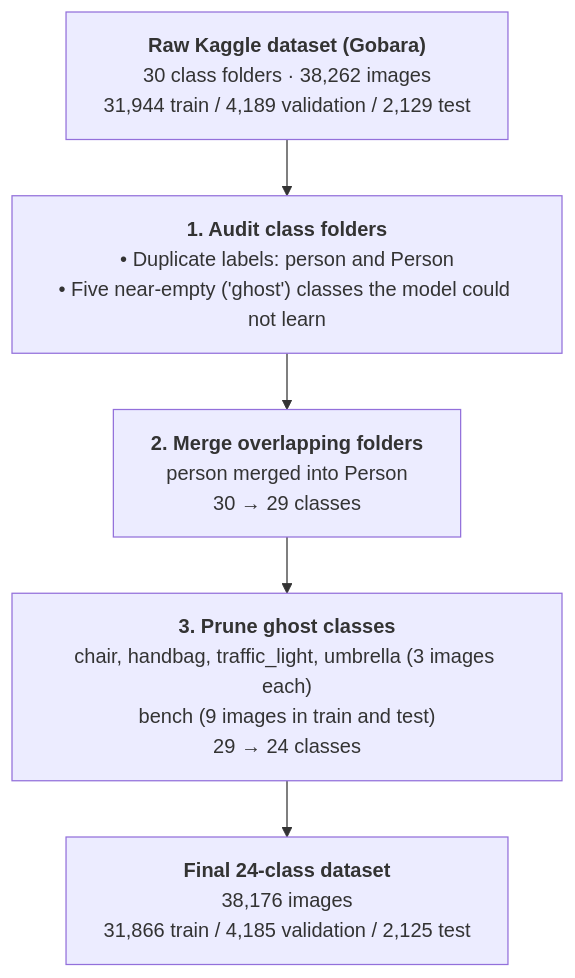
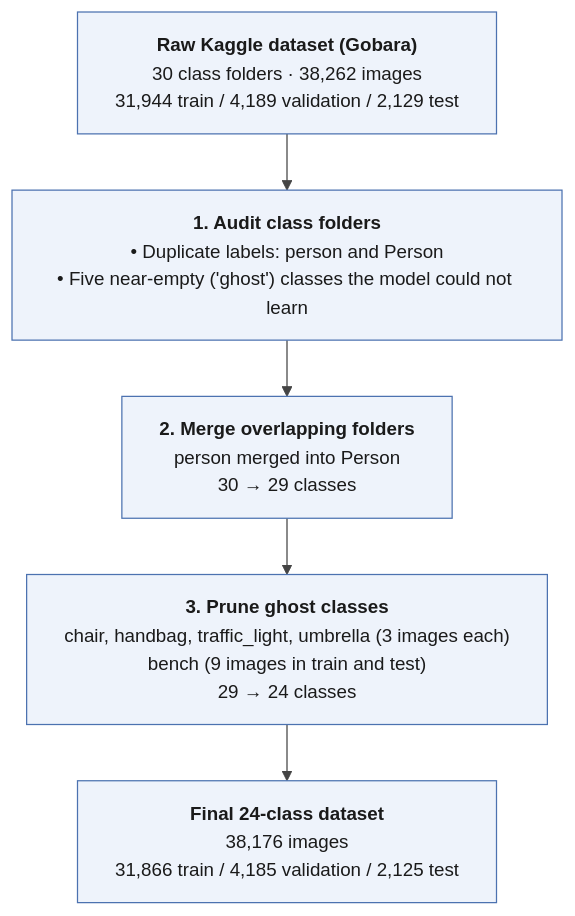
One commit to ciellamher/easylens changed the first of 4 diagrams in docs/figures/03_chapter_3_dataset_and_demographics.md. Above: the diagram before and after it, drawn with Mermaid. The commit also changed 10 other files, not shown here.

Commit message:
docs(figures): restyle Chapter 3 diagrams to match the appendix figures

````diff
--- a/docs/figures/03_chapter_3_dataset_and_demographics.md
+++ b/docs/figures/03_chapter_3_dataset_and_demographics.md
@@ -25,15 +25,15 @@
 ```mermaid
-%%{init: {"flowchart": {"wrappingWidth": 380, "nodeSpacing": 35, "rankSpacing": 45}}}%%
+%%{init: {"theme": "base", "themeVariables": {"primaryColor": "#EEF3FB", "primaryBorderColor": "#4C72B0", "primaryTextColor": "#1A1A1A", "secondaryColor": "#FFF6E5", "tertiaryColor": "#F7F7F7", "lineColor": "#444444", "fontFamily": "arial, sans-serif", "fontSize": "15px", "edgeLabelBackground": "#FFFFFF", "clusterBkg": "#F7F7F7", "clusterBorder": "#9A9A9A", "actorBkg": "#EEF3FB", "actorBorder": "#4C72B0", "actorTextColor": "#1A1A1A", "actorLineColor": "#9A9A9A", "signalColor": "#333333", "signalTextColor": "#1A1A1A", "noteBkgColor": "#F2F2F2", "noteBorderColor": "#9A9A9A", "labelBoxBkgColor": "#F2F2F2", "labelBoxBorderColor": "#9A9A9A", "loopTextColor": "#1A1A1A", "activationBkgColor": "#EEF3FB"}, "flowchart": {"wrappingWidth": 380, "nodeSpacing": 35, "rankSpacing": 45}, "fontFamily": "arial, sans-serif"}}%%
 flowchart TD
     RAW["<b>Raw Kaggle dataset (Gobara)</b><br/>30 class folders · 38,262 images<br/>31,944 train / 4,189 validation / 2,129 test"]
 
     AUDIT["<b>1. Audit class folders</b><br/>• Duplicate labels: person and Person<br/>• Five near-empty ('ghost') classes the model could not learn"]
 
     MERGE["<b>2. Merge overlapping folders</b><br/>person merged into Person<br/>30 → 29 classes"]
 
     PRUNE["<b>3. Prune ghost classes</b><br/>chair, handbag, traffic_light, umbrella (3 images each)<br/>bench (9 images in train and test)<br/>29 → 24 classes"]
 
     FINAL["<b>Final 24-class dataset</b><br/>38,176 images<br/>31,866 train / 4,185 validation / 2,125 test"]
 
     RAW --> AUDIT --> MERGE --> PRUNE --> FINAL
 ```
````
